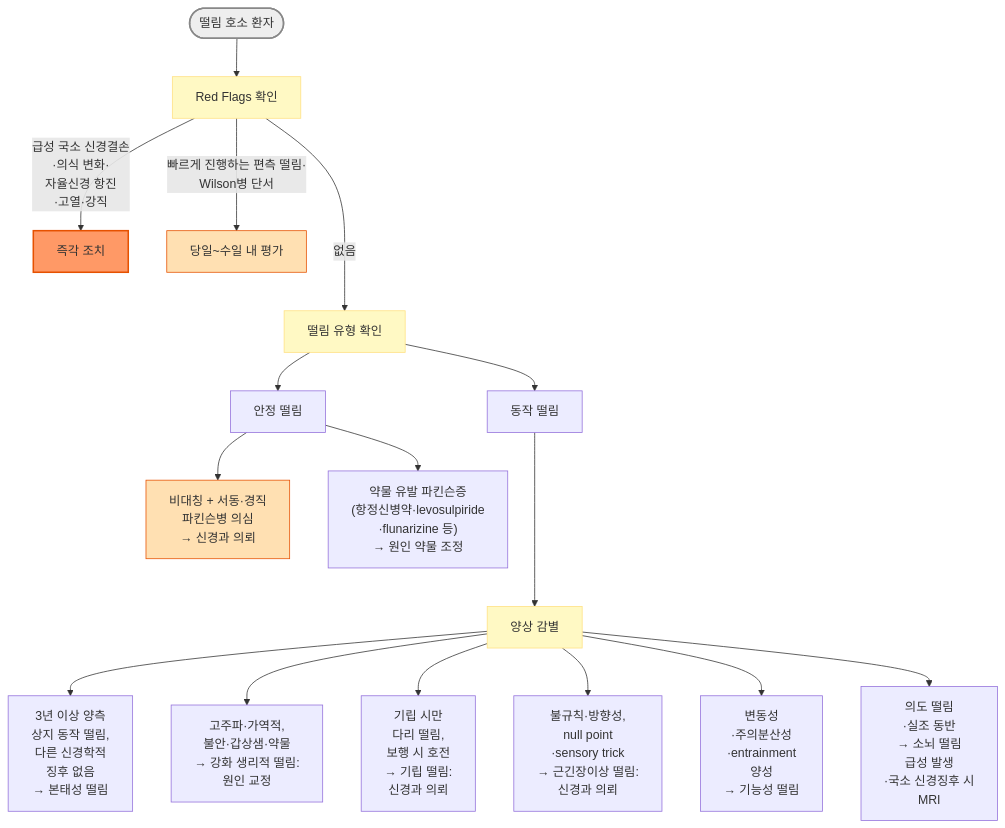
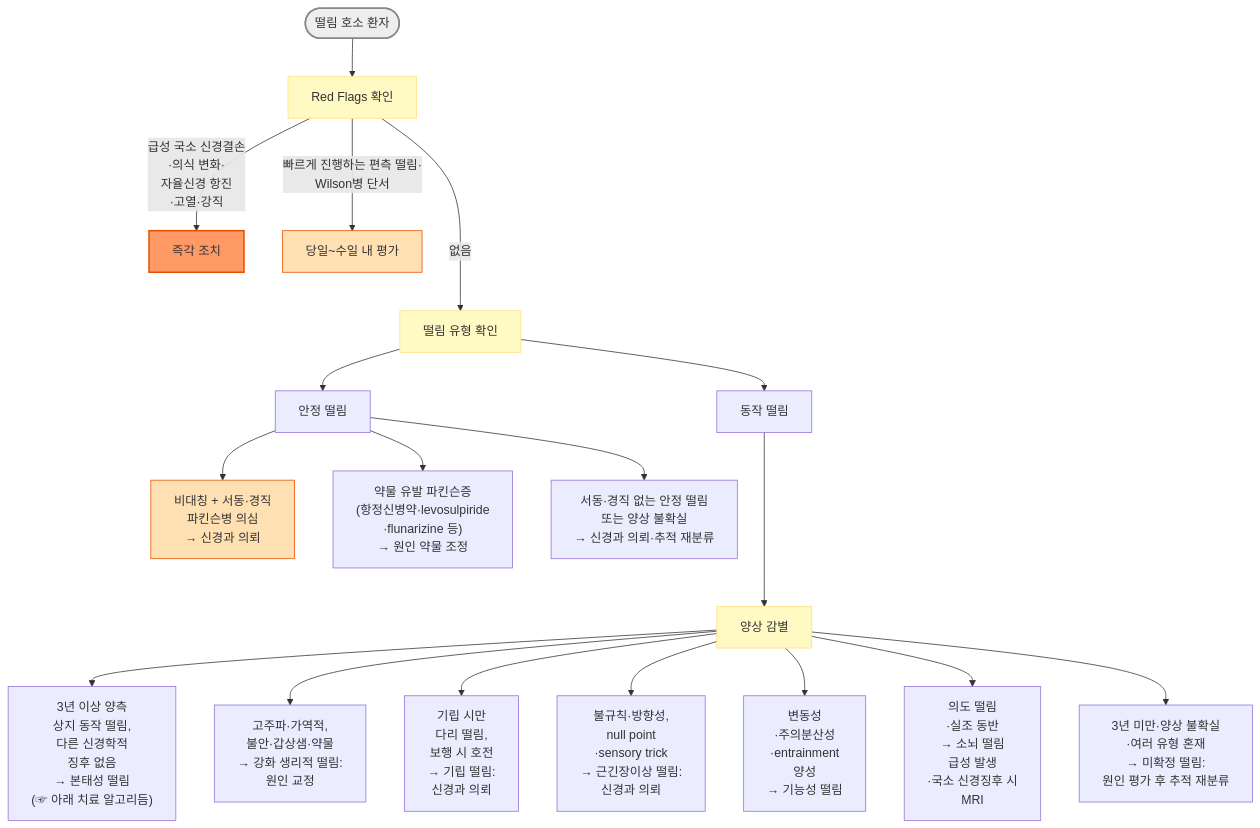
Before and after one commit to familyoh77/familyoh77: the first of 2 diagrams in 221_/034_-tremor.md, drawn with Mermaid. The commit also changed other lines of this file, not shown here.

````diff
--- a/221_/034_-tremor.md
+++ b/221_/034_-tremor.md
@@ -124,26 +123,28 @@
 ```mermaid
 flowchart TD
     A(["떨림 호소 환자"]) --> B["Red Flags 확인"]
     B -- "급성 국소 신경결손<br/>·의식 변화·<br/>자율신경 항진<br/>·고열·강직" --> C["즉각 조치"]
     B -- "빠르게 진행하는 편측 떨림·<br/>Wilson병 단서" --> C2["당일~수일 내 평가"]
     B -- "없음" ---> D["떨림 유형 확인"]
     D --> E["안정 떨림"]
     D --> F["동작 떨림"]
     E --> G["비대칭 + 서동·경직<br/>파킨슨병 의심 <br/>→ 신경과 의뢰"]
     E --> H["약물 유발 파킨슨증<br/>(항정신병약·levosulpiride<br/>·flunarizine 등)<br/>→ 원인 약물 조정"]
+    E --> G2["서동·경직 없는 안정 떨림<br/>또는 양상 불확실<br/>→ 신경과 의뢰·추적 재분류"]
     F ---> I["양상 감별"]
-    I --> J["3년 이상 양측 <br/>상지 동작 떨림,<br/>다른 신경학적 <br/>징후 없음<br/>→ 본태성 떨림"]
+    I --> J["3년 이상 양측 <br/>상지 동작 떨림,<br/>다른 신경학적 <br/>징후 없음<br/>→ 본태성 떨림<br/>(☞ 아래 치료 알고리듬)"]
     I --> K["고주파·가역적, <br/>불안·갑상샘·약물<br/>→ 강화 생리적 떨림: <br/>원인 교정"]
     I --> L["기립 시만 <br/>다리 떨림, <br/>보행 시 호전<br/>→ 기립 떨림: <br/>신경과 의뢰"]
     I --> L2["불규칙·방향성, <br/>null point<br/>·sensory trick<br/>→ 근긴장이상 떨림: <br/>신경과 의뢰"]
     I --> M["변동성<br/>·주의분산성<br/>·entrainment <br/>양성<br/>→ 기능성 떨림"]
     I --> N["의도 떨림<br/>·실조 동반<br/> → 소뇌 떨림<br/>급성 발생<br/>·국소 신경징후 시 <br/>MRI"]
+    I --> O["3년 미만·양상 불확실<br/>·여러 유형 혼재<br/>→ 미확정 떨림:<br/>원인 평가 후 추적 재분류"]
     
     style A fill:#eeeeee,stroke:#888888,stroke-width:2px
     style B fill:#fff9c4,stroke:#ffe082
     style D fill:#fff9c4,stroke:#ffe082
     style I fill:#fff9c4,stroke:#ffe082
     style C fill:#f96,stroke:#e65100,stroke-width:2px
     style C2 fill:#ffe0b2,stroke:#e65100
     style G fill:#ffe0b2,stroke:#e65100
 ```
````
